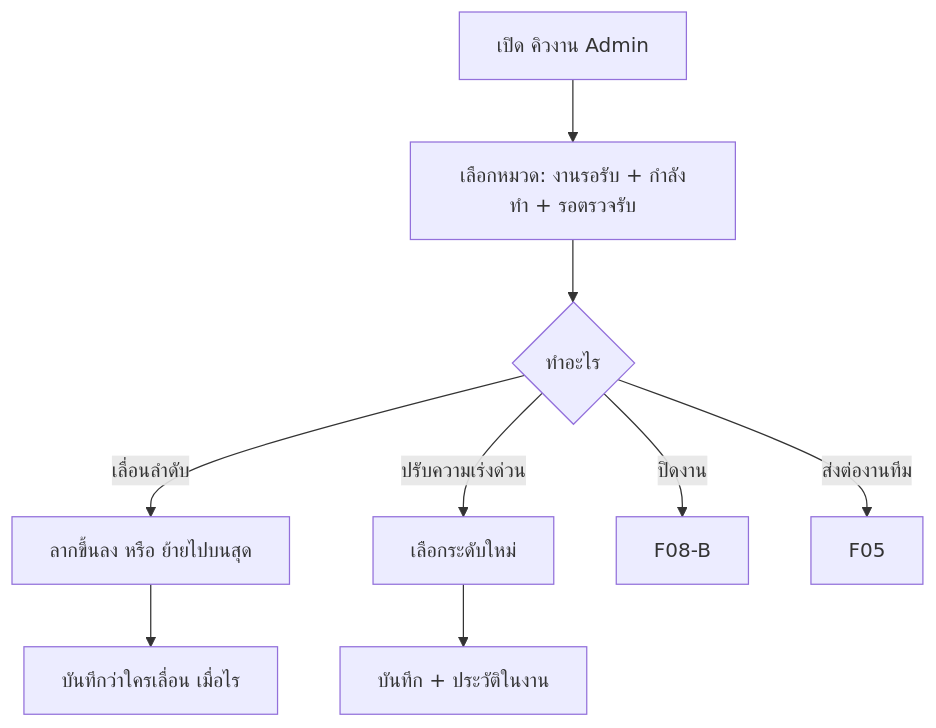
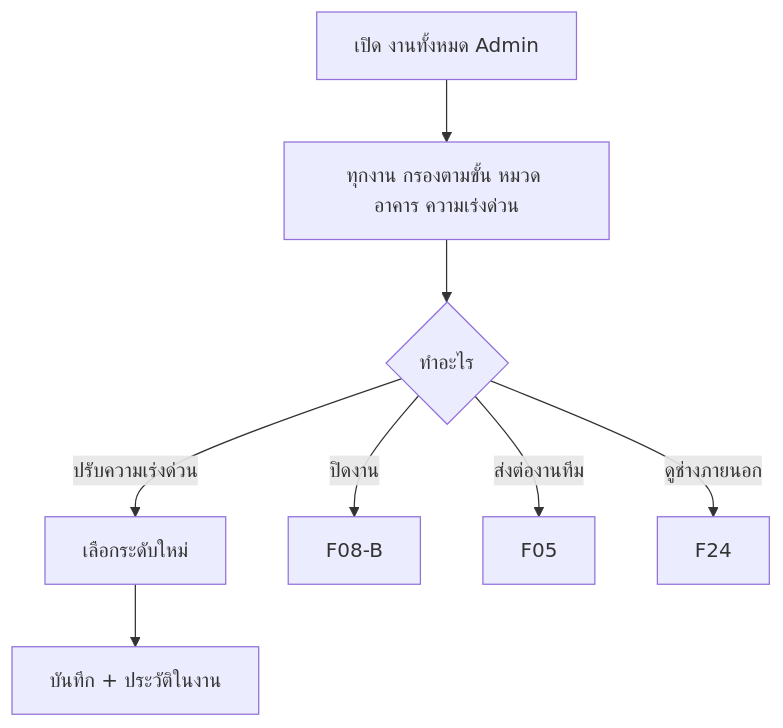
Before and after one commit to pithawat/BAMBAM: diagram 12 of 13 in docs/modules/repair/02-flows.md, drawn with Mermaid. The commit also changed other lines of this file and 160 other files, not shown here.

````diff
--- a/docs/modules/repair/02-flows.md
+++ b/docs/modules/repair/02-flows.md
@@ -362,9 +367,9 @@
 ```mermaid
 flowchart TD
-  A[เปิด คิวงาน Admin] --> B[เลือกหมวด: งานรอรับ + กำลังทำ + รอตรวจรับ]
+  A[เปิด งานทั้งหมด Admin] --> B[ทุกงาน กรองตามขั้น หมวด อาคาร ความเร่งด่วน]
   B --> C{ทำอะไร}
-  C -- เลื่อนลำดับ --> D[ลากขึ้นลง หรือ ย้ายไปบนสุด] --> E[บันทึกว่าใครเลื่อน เมื่อไร]
   C -- ปรับความเร่งด่วน --> F[เลือกระดับใหม่] --> G[บันทึก + ประวัติในงาน]
   C -- ปิดงาน --> H[F08-B]
   C -- ส่งต่องานทีม --> I[F05]
+  C -- ดูช่างภายนอก --> J[F24]
 ```
````
